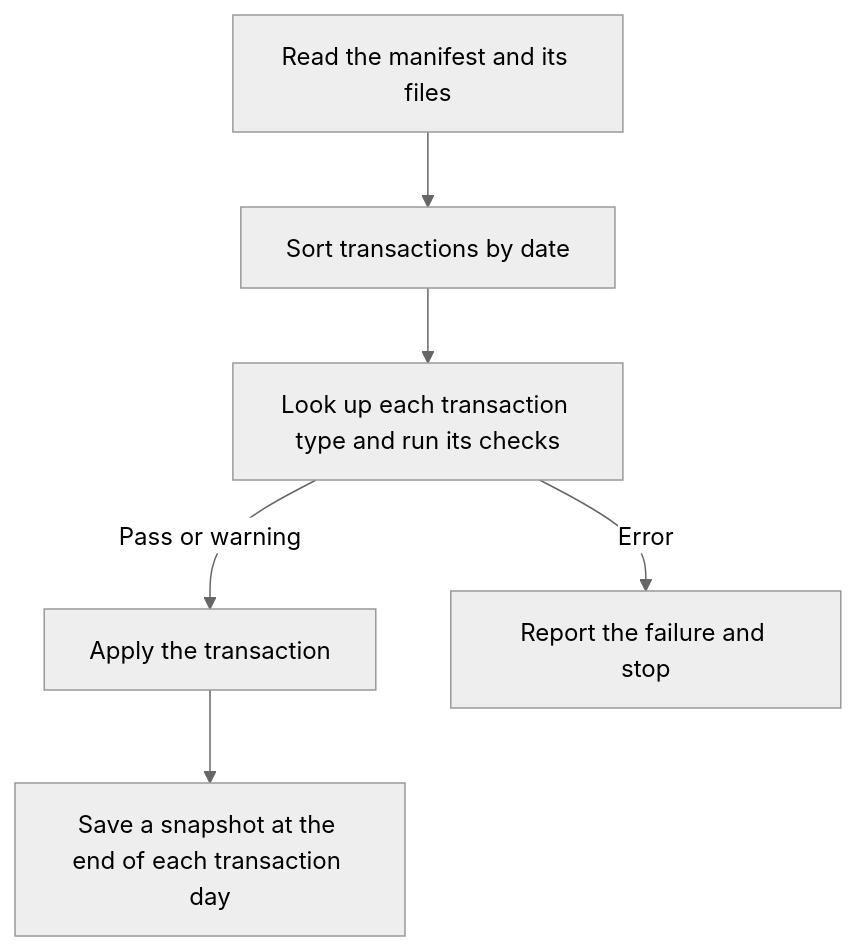
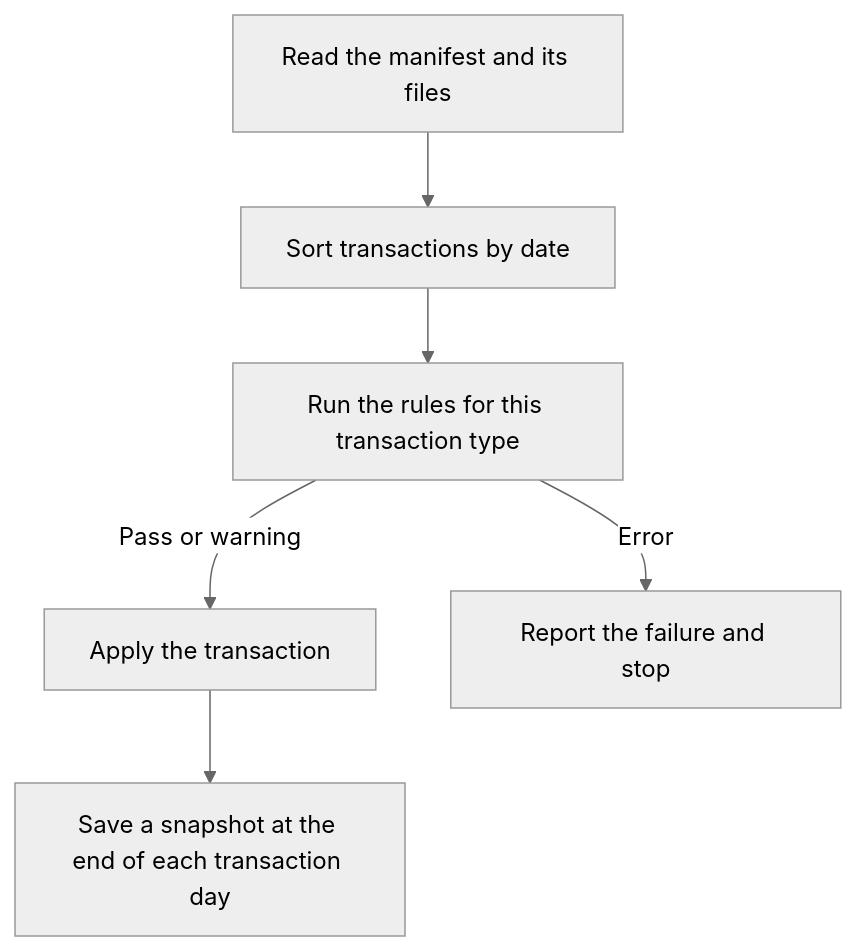
The diagram in README.md (Open-Cap-Table-Coalition/OCF-Tools), drawn with Mermaid (neutral theme) before and after one commit. The commit also changed other lines of this file, not shown here.

Commit message:
Explain how OCF-Tools checks the rules behind an export

````diff
--- a/README.md
+++ b/README.md
@@ -24,8 +32,8 @@
 ```mermaid
 flowchart TD
     A["Read the manifest and its files"] --> B["Sort transactions by date"]
-    B --> C["Look up each transaction type and run its checks"]
+    B --> C["Run the rules for this transaction type"]
     C -->|Pass or warning| D["Apply the transaction"]
     C -->|Error| E["Report the failure and stop"]
     D --> F["Save a snapshot at the end of each transaction day"]
 ```
````
